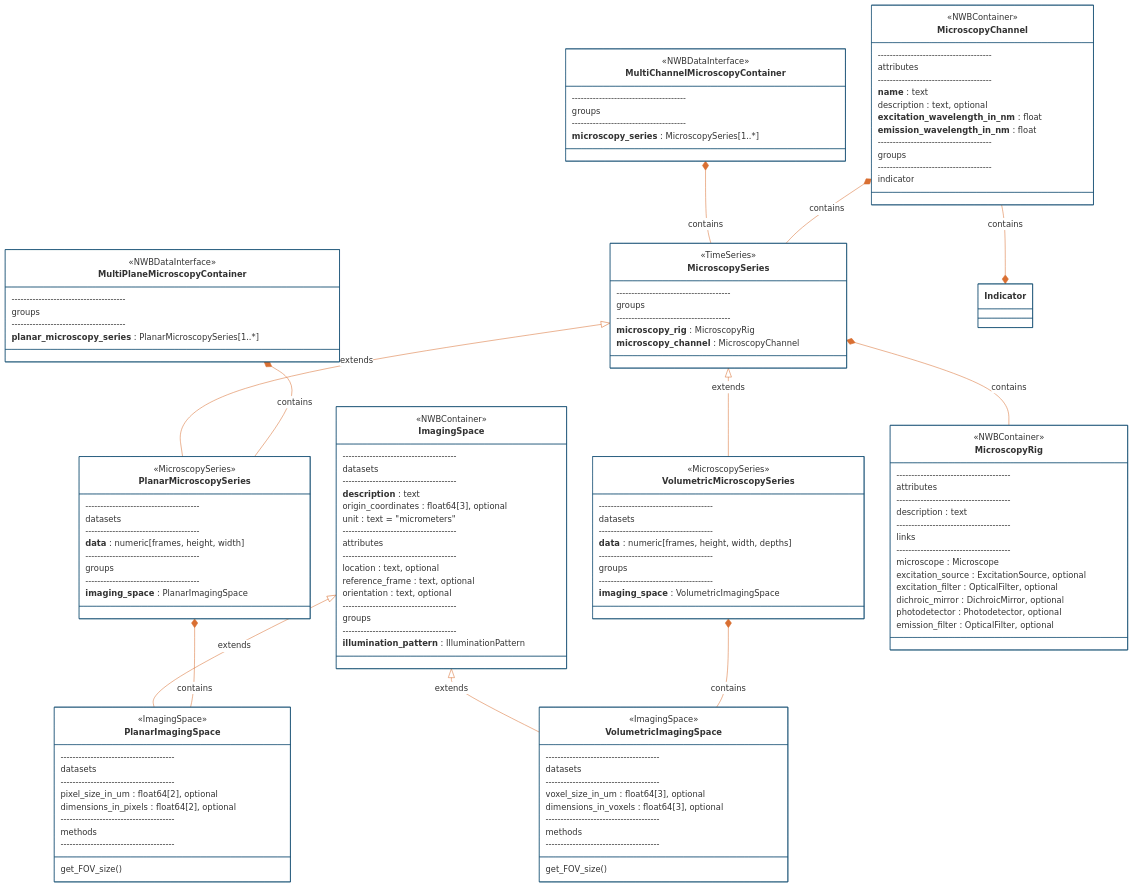
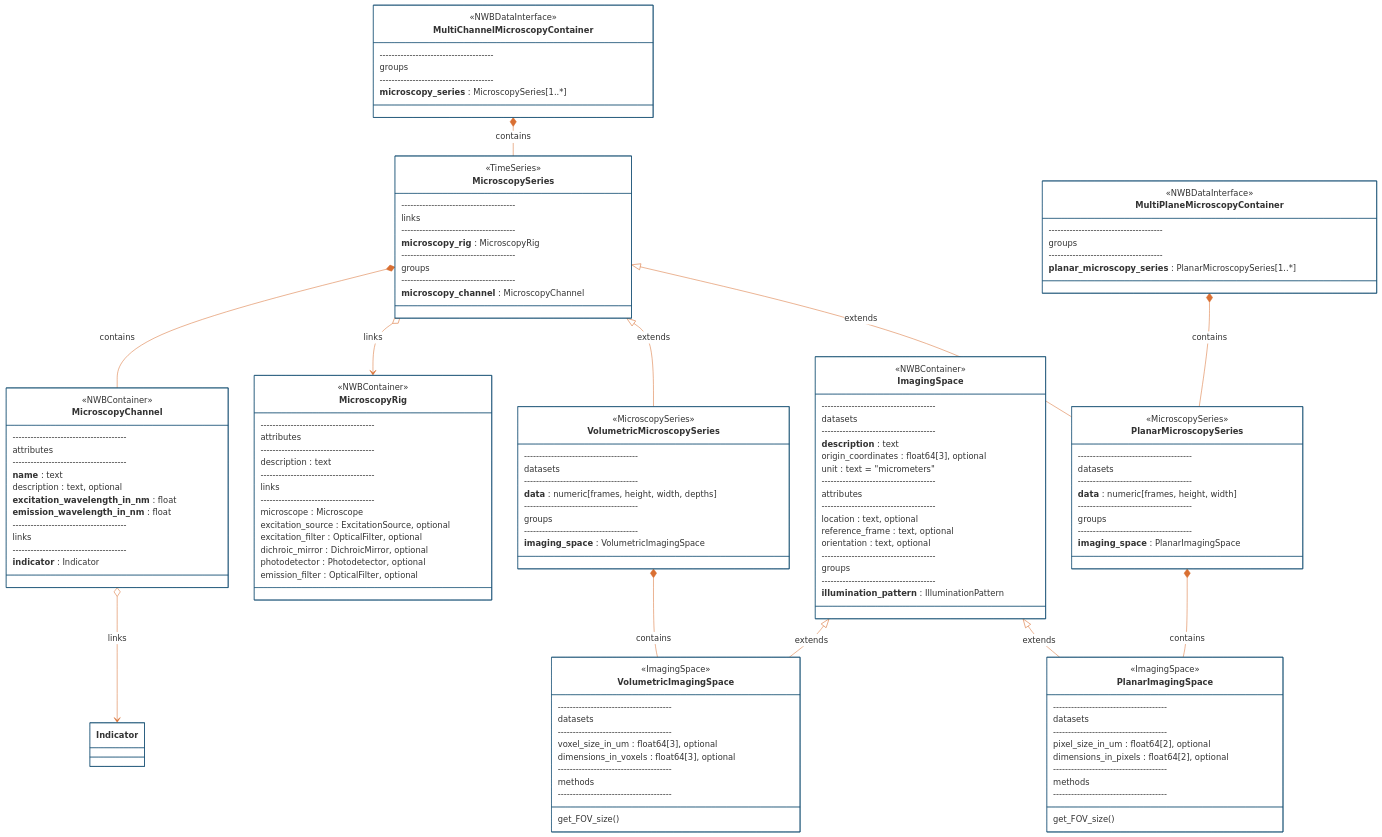
The fourth of 5 diagrams in README.md (catalystneuro/ndx-microscopy), drawn with Mermaid before and after one commit. The commit also changed other lines of this file and 3 other files, not shown here.

````diff
--- a/README.md
+++ b/README.md
@@ -284,17 +372,20 @@
         **excitation_wavelength_in_nm** : float
         **emission_wavelength_in_nm** : float
         --------------------------------------
-        groups
+        links
         --------------------------------------
-        indicator
+        **indicator** : Indicator
     }
 
     class MicroscopySeries {
         <<TimeSeries>>
         --------------------------------------
+        links
+        --------------------------------------
+        **microscopy_rig** : MicroscopyRig
+        --------------------------------------
         groups
         --------------------------------------
-        **microscopy_rig** : MicroscopyRig
         **microscopy_channel** : MicroscopyChannel
 
     }
@@ -412,7 +503,7 @@
     VolumetricMicroscopySeries *-- VolumetricImagingSpace : contains
     MultiPlaneMicroscopyContainer *-- PlanarMicroscopySeries : contains
     MultiChannelMicroscopyContainer *-- MicroscopySeries : contains
-    MicroscopySeries *-- MicroscopyRig : contains
-    MicroscopyChannel *-- MicroscopySeries : contains    
-    MicroscopyChannel --* Indicator : contains
+    MicroscopySeries o--> MicroscopyRig : links
+    MicroscopySeries *-- MicroscopyChannel : contains    
+    MicroscopyChannel o--> Indicator : links
 ```
````
